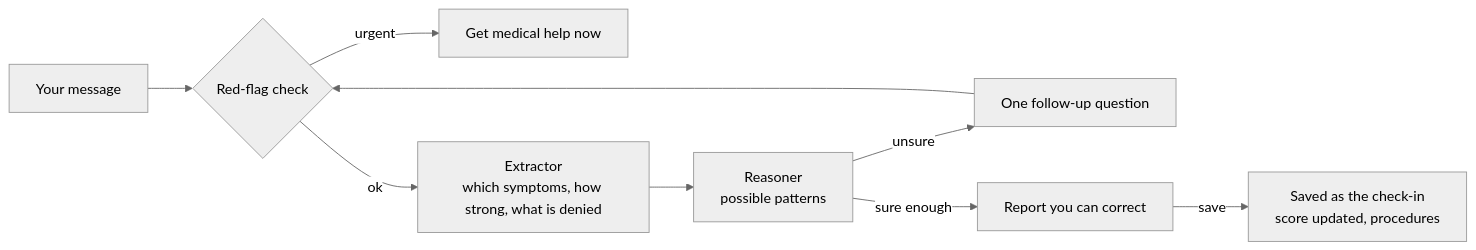
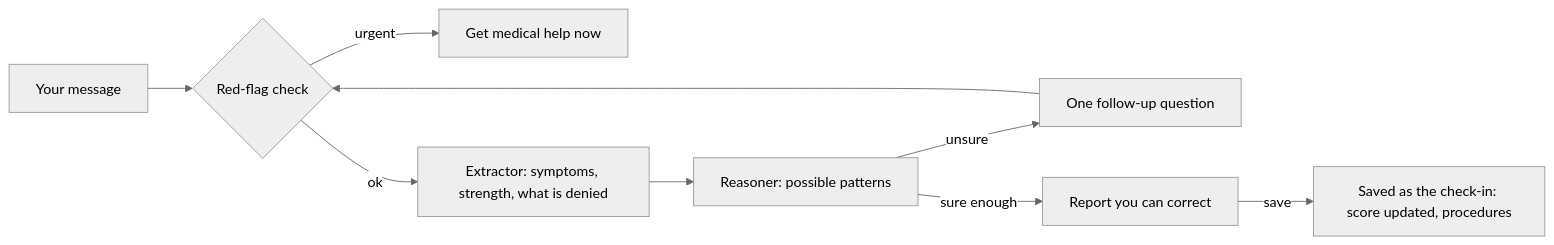
The second of 2 diagrams in README.md (rdenis03/spacemontoringsoftware), drawn with Mermaid (neutral theme) before and after one commit. The commit also changed other lines of this file, not shown here.

Commit message:
Docs: simpler diagrams

````diff
--- a/README.md
+++ b/README.md
@@ -77,11 +77,11 @@
 ```mermaid
 flowchart LR
-  M[Your message] --> F{Red-flag check}
-  F -- urgent --> X[Get medical help now]
-  F -- ok --> E[Extractor<br/>which symptoms, how strong, what is denied]
-  E --> R[Reasoner<br/>possible patterns]
-  R -->|unsure| Q[One follow-up question]
+  M["Your message"] --> F{"Red-flag check"}
+  F -- urgent --> X["Get medical help now"]
+  F -- ok --> E["Extractor: symptoms, strength, what is denied"]
+  E --> R["Reasoner: possible patterns"]
+  R -- unsure --> Q["One follow-up question"]
   Q --> F
-  R -->|sure enough| P[Report you can correct]
-  P -->|save| S[Saved as the check-in<br/>score updated, procedures]
+  R -- sure enough --> P["Report you can correct"]
+  P -- save --> S["Saved as the check-in: score updated, procedures"]
 ```
````
